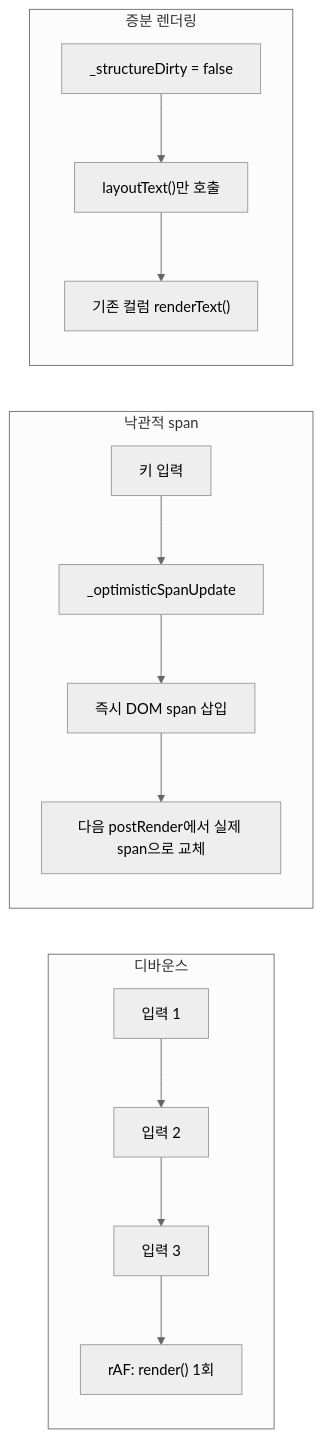
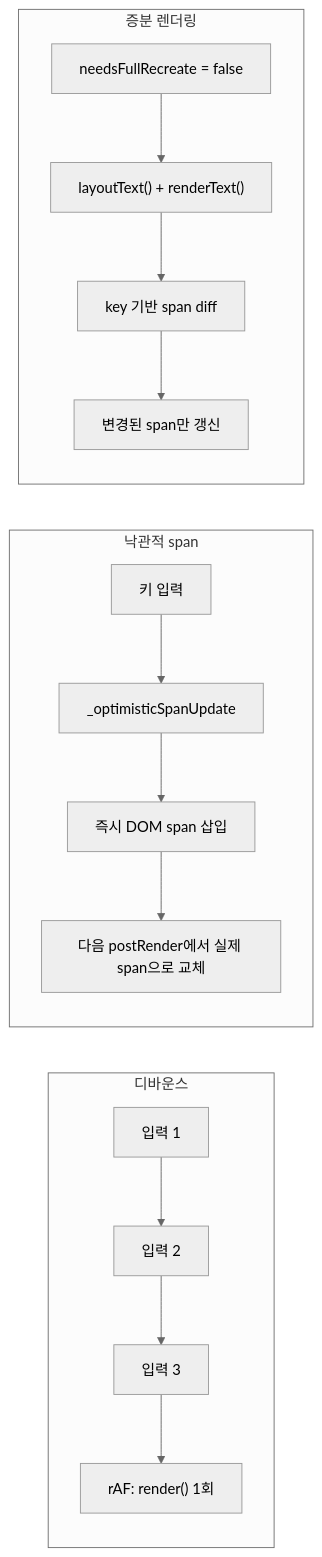
Before and after one commit to kyiimn/layout-element: the tenth of 14 diagrams in docs/EDITING.md, drawn with Mermaid (neutral theme). The commit also changed other lines of this file and 2 other files, not shown here.

````diff
--- a/docs/EDITING.md
+++ b/docs/EDITING.md
@@ -1134,19 +1141,20 @@
 ```mermaid
 flowchart LR
     subgraph Debounce["디바운스"]
         D1[입력 1] --> D2[입력 2]
         D2 --> D3[입력 3]
         D3 --> D4["rAF: render() 1회"]
     end
 
     subgraph Optimistic["낙관적 span"]
         O1[키 입력] --> O2["_optimisticSpanUpdate"]
         O2 --> O3["즉시 DOM span 삽입"]
         O3 --> O4["다음 postRender에서 실제 span으로 교체"]
     end
 
     subgraph Incremental["증분 렌더링"]
-        I1["_structureDirty = false"] --> I2["layoutText()만 호출"]
-        I2 --> I3["기존 컬럼 renderText()"]
+        I1["needsFullRecreate = false"] --> I2["layoutText() + renderText()"]
+        I2 --> I3["key 기반 span diff"]
+        I3 --> I4["변경된 span만 갱신"]
     end
 ```
````
